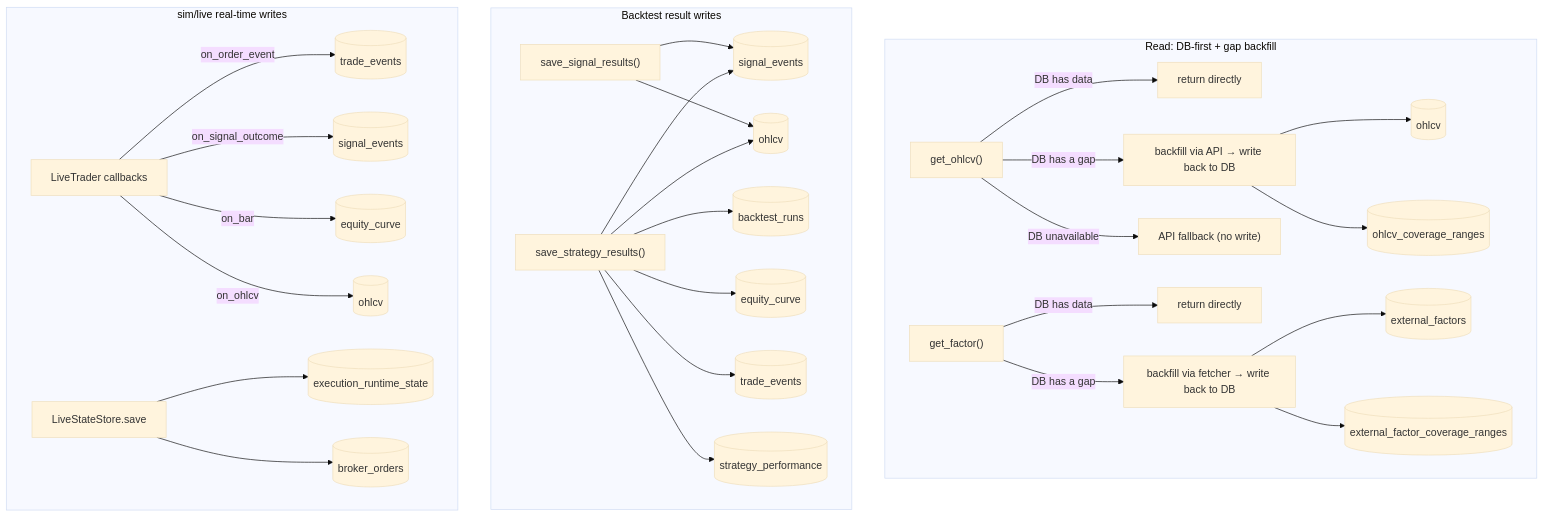
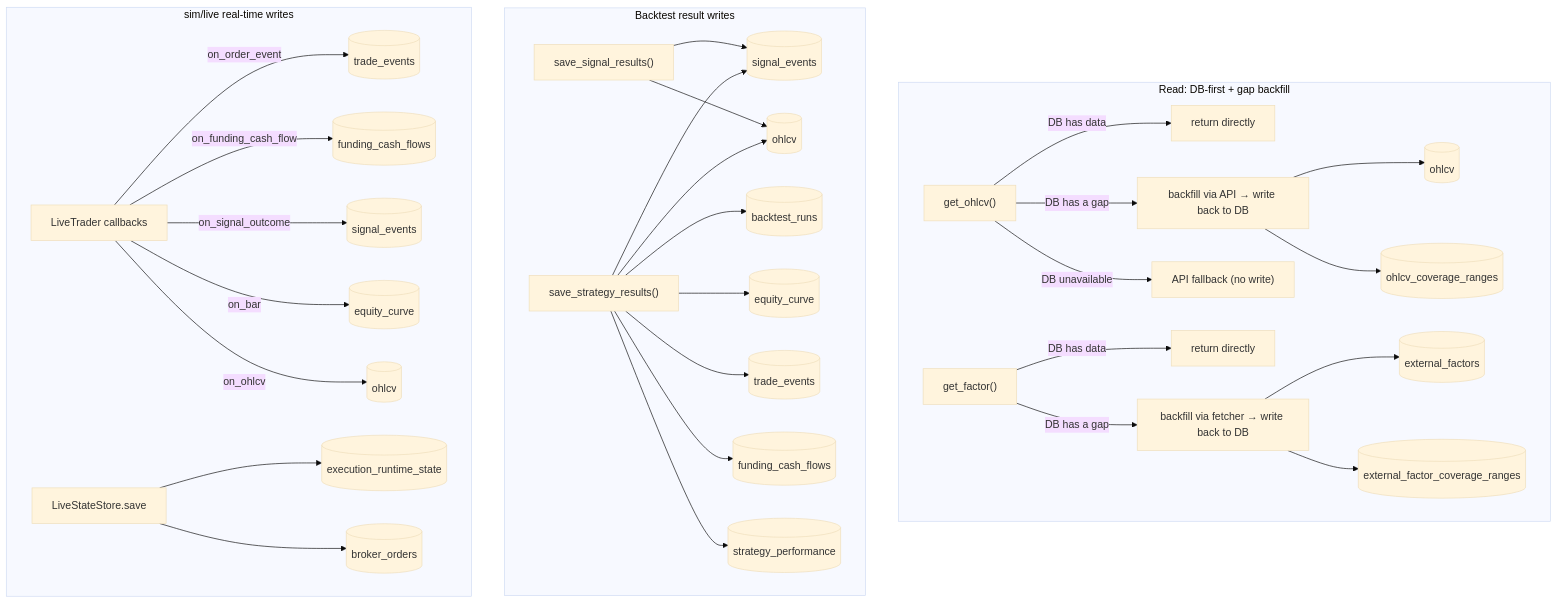
Before and after one commit to awwesomeman/librae: the diagram in architecture.md, drawn with Mermaid (base theme). The commit also changed other lines of this file and 15 other files, not shown here.

First line of the commit message:
feat(engine): apply timestamped funding cash flows (#35)

````diff
--- a/architecture.md
+++ b/architecture.md
@@ -940,36 +976,38 @@
 ```mermaid
 flowchart TD
     subgraph read["Read: DB-first + gap backfill"]
         get_ohlcv["get_ohlcv()"] -- "DB has data" --> direct1["return directly"]
         get_ohlcv -- "DB has a gap" --> apifill["backfill via API → write back to DB"]
         get_ohlcv -- "DB unavailable" --> fallback["API fallback (no write)"]
         apifill --> r_ohlcv[("ohlcv")]
         apifill --> r_ohlcv_cov[("ohlcv_coverage_ranges")]
 
         get_factor["get_factor()"] -- "DB has data" --> direct2["return directly"]
         get_factor -- "DB has a gap" --> factorfill["backfill via fetcher → write back to DB"]
         factorfill --> r_factors[("external_factors")]
         factorfill --> r_factor_cov[("external_factor_coverage_ranges")]
     end
 
     subgraph backtest["Backtest result writes"]
         save_signal["save_signal_results()"] --> b_signal_events[("signal_events")]
         save_signal --> b_ohlcv[("ohlcv")]
 
         save_strategy["save_strategy_results()"] --> b_backtest_runs[("backtest_runs")]
         save_strategy --> b_equity_curve[("equity_curve")]
         save_strategy --> b_trade_events[("trade_events")]
+        save_strategy --> b_funding[("funding_cash_flows")]
         save_strategy --> b_strategy_perf[("strategy_performance")]
         save_strategy --> b_signal_events
         save_strategy --> b_ohlcv
     end
 
     subgraph live["sim/live real-time writes"]
         callbacks["LiveTrader callbacks"] -- on_order_event --> l_trade_events[("trade_events")]
+        callbacks -- on_funding_cash_flow --> l_funding[("funding_cash_flows")]
         callbacks -- on_signal_outcome --> l_signal_events[("signal_events")]
         callbacks -- on_bar --> l_equity_curve[("equity_curve")]
         callbacks -- on_ohlcv --> l_ohlcv[("ohlcv")]
         checkpoint["LiveStateStore.save"] --> l_runtime[("execution_runtime_state")]
         checkpoint --> l_orders[("broker_orders")]
     end
 ```
````
